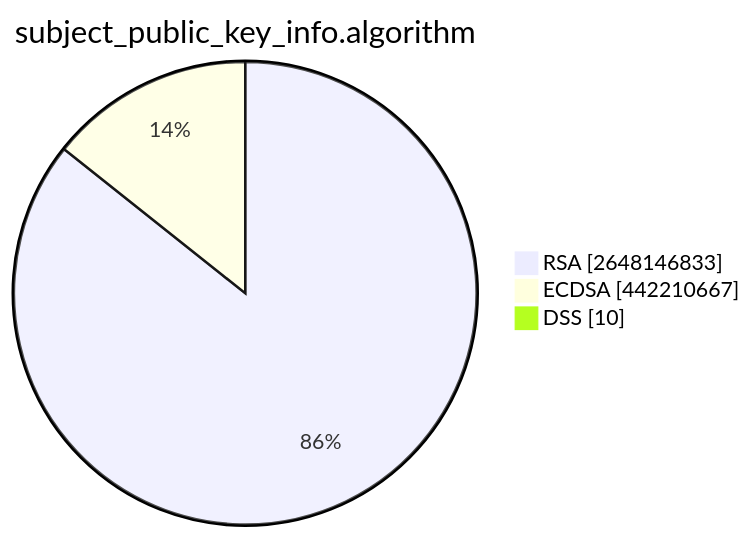
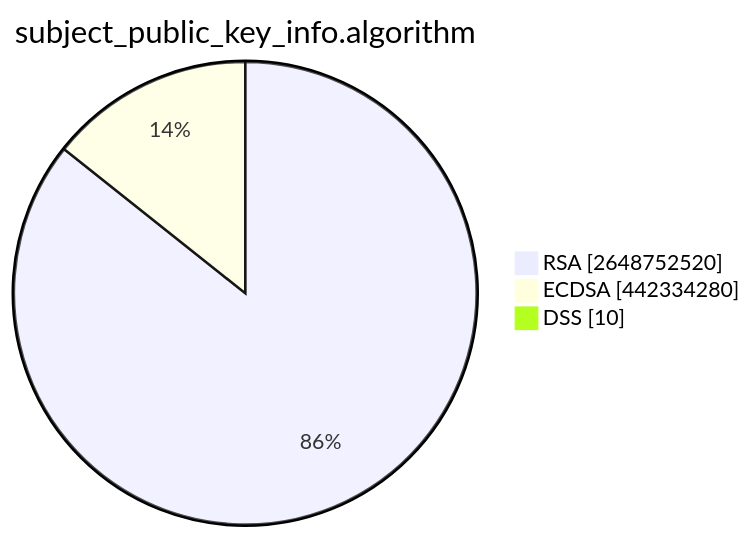
One commit to christiankrug/ctmonitor_visualization changed the second of 15 diagrams in TOTAL/README.md. Above: the diagram before and after it, drawn with Mermaid. The commit also changed other lines of this file, not shown here.

````diff
--- a/TOTAL/README.md
+++ b/TOTAL/README.md
@@ -6,7 +6,7 @@
 ```mermaid
 pie showData
 title subject_public_key_info.algorithm
-"RSA" :2648146833
-"ECDSA" :442210667
+"RSA" :2648752520
+"ECDSA" :442334280
 "DSS" :10
 ```
````
